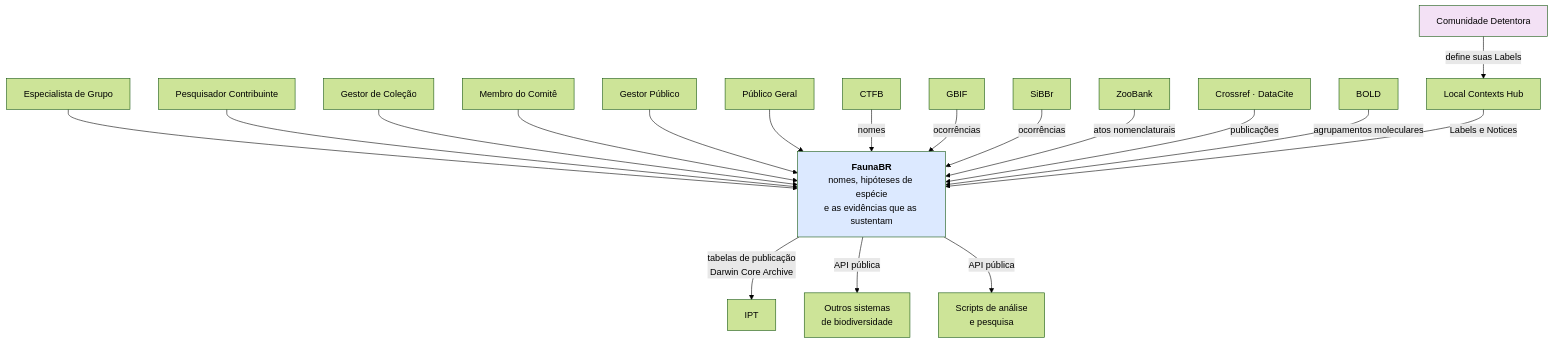
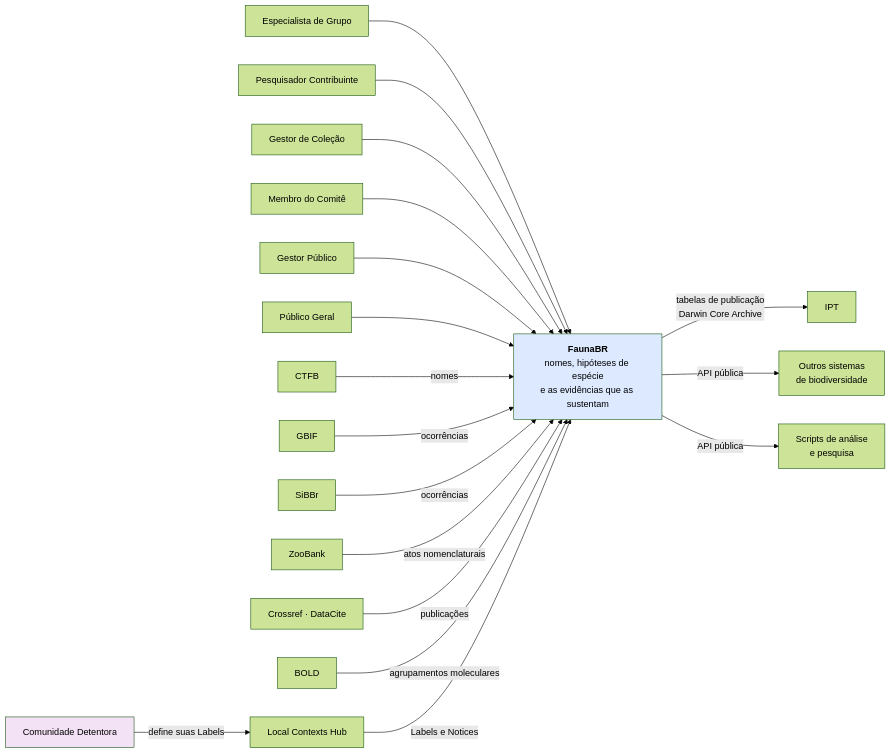
One commit to edalcin/faunabr changed the second of 3 diagrams in README.md. Above: the diagram before and after it, drawn with Mermaid (forest theme). The commit also changed other lines of this file, not shown here.

Commit message:
docs: fix typo and adjust context diagram orientation

````diff
--- a/README.md
+++ b/README.md
@@ -91,45 +91,45 @@
 ```mermaid
-graph TB
+graph LR
     EG["Especialista de Grupo"]
     PC["Pesquisador Contribuinte"]
     GC["Gestor de Coleção"]
     MC["Membro do Comitê"]
     GP["Gestor Público"]
     PG["Público Geral"]
 
     SIS["<b>FaunaBR</b><br/>nomes, hipóteses de espécie<br/>e as evidências que as sustentam"]
 
     CTFB["CTFB"]
     GBIF["GBIF"]
     SIBBR["SiBBr"]
     ZB["ZooBank"]
     DOI["Crossref · DataCite"]
     BOLD["BOLD"]
     LCH["Local Contexts Hub"]
     IPT["IPT"]
     OUT["Outros sistemas<br/>de biodiversidade"]
     ANA["Scripts de análise<br/>e pesquisa"]
     CD["Comunidade Detentora"]
 
     EG --> SIS
     PC --> SIS
     GC --> SIS
     MC --> SIS
     GP --> SIS
     PG --> SIS
 
     CTFB -->|"nomes"| SIS
     GBIF -->|"ocorrências"| SIS
     SIBBR -->|"ocorrências"| SIS
     ZB -->|"atos nomenclaturais"| SIS
     DOI -->|"publicações"| SIS
     BOLD -->|"agrupamentos moleculares"| SIS
     LCH -->|"Labels e Notices"| SIS
     SIS -->|"tabelas de publicação<br/>Darwin Core Archive"| IPT
     SIS -->|"API pública"| OUT
     SIS -->|"API pública"| ANA
     CD -->|"define suas Labels"| LCH
 
     style SIS fill:#dce9ff
     style CD fill:#f3e1f5
 ```
````
